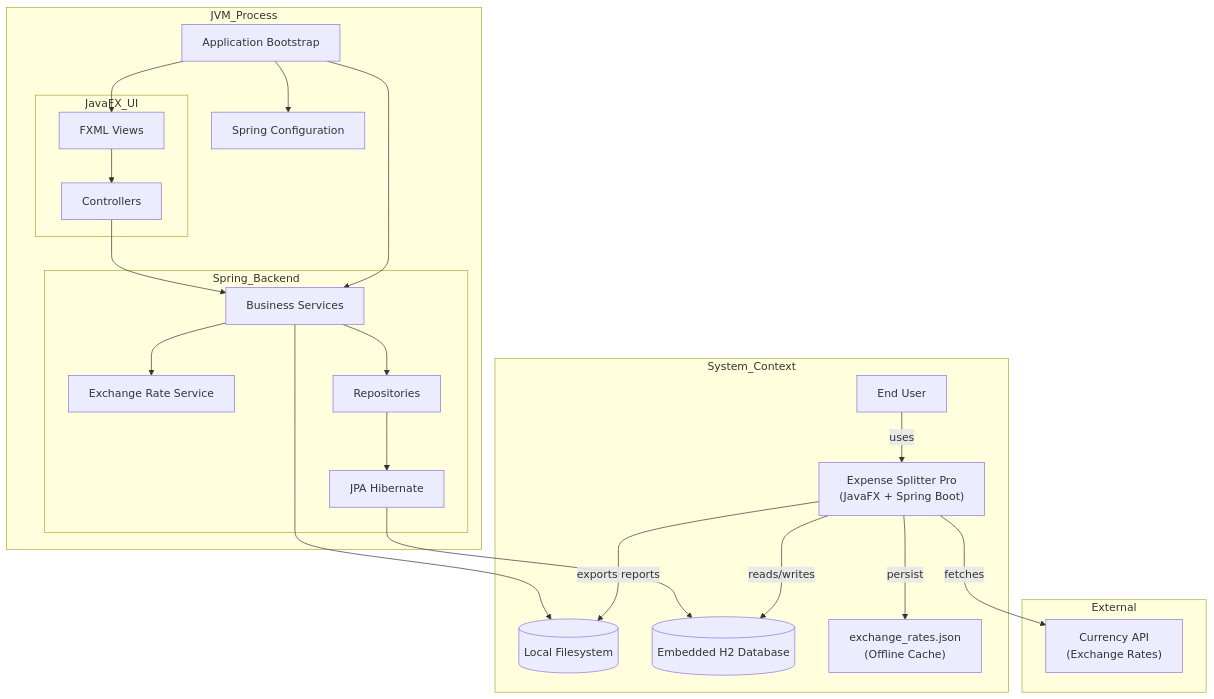
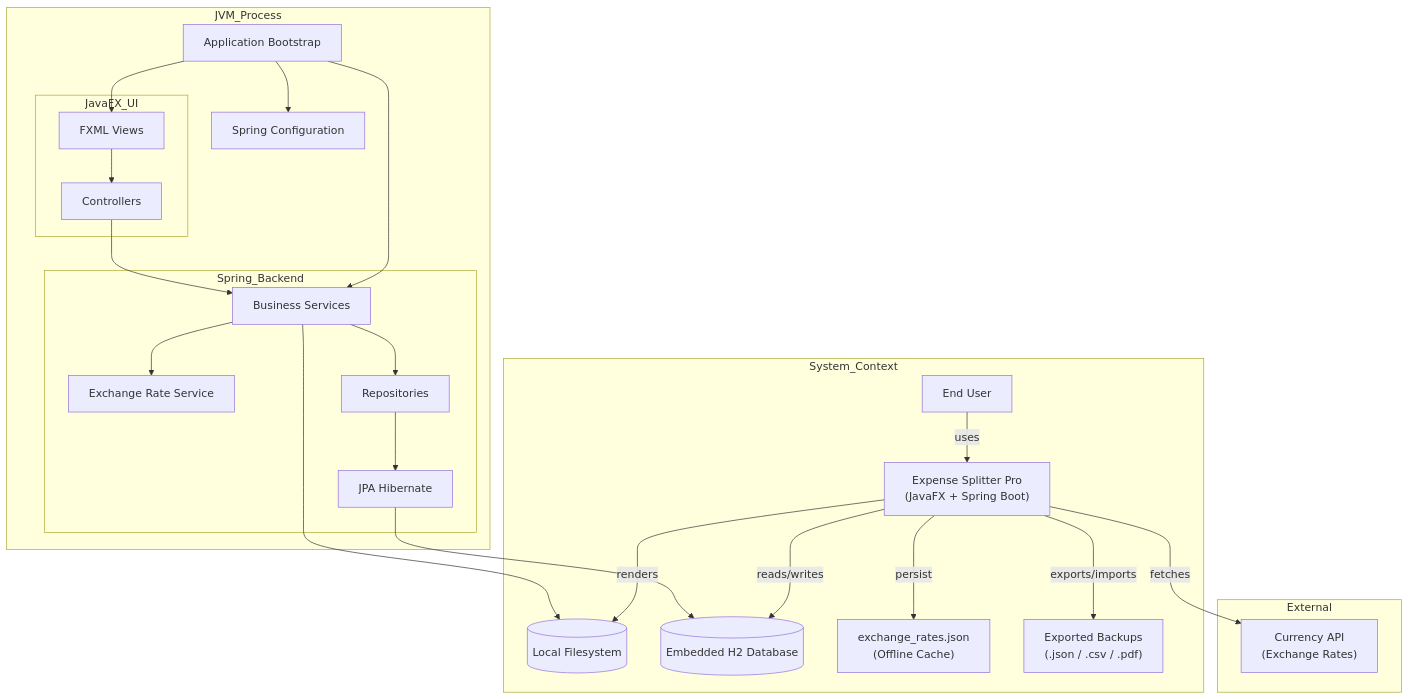
Before and after one commit to malcolm-cephas/Expense_Splitter: the first of 5 diagrams in README.md, drawn with Mermaid. The commit also changed other lines of this file and 18 other files, not shown here.

````diff
--- a/README.md
+++ b/README.md
@@ -134,50 +144,52 @@
 ```mermaid
 flowchart TD
 
 subgraph External
 API["Currency API\n(Exchange Rates)"]
 end
 
 subgraph System_Context
 U[End User]
 APP["Expense Splitter Pro\n(JavaFX + Spring Boot)"]
 FS[(Local Filesystem)]
 H2[(Embedded H2 Database)]
 CACHE["exchange_rates.json\n(Offline Cache)"]
+BKUP["Exported Backups\n(.json / .csv / .pdf)"]
 end
 
 U -->|uses| APP
 APP -->|fetches| API
 APP -->|reads/writes| H2
 APP -->|persist| CACHE
-APP -->|exports reports| FS
+APP -->|exports/imports| BKUP
+APP -->|renders| FS
 
 subgraph JVM_Process
 BOOT[Application Bootstrap]
 CFG[Spring Configuration]
 
 subgraph JavaFX_UI
 FXML[FXML Views]
 CTRLS[Controllers]
 end
 
 subgraph Spring_Backend
 SRV[Business Services]
 EXSRV[Exchange Rate Service]
 REPO[Repositories]
 JPA[JPA Hibernate]
 end
 end
 
 BOOT --> CFG
 BOOT --> FXML
 BOOT --> SRV
 
 FXML --> CTRLS
 CTRLS --> SRV
 SRV --> EXSRV
 SRV --> REPO
 REPO --> JPA
 JPA --> H2
 SRV --> FS
 ```
````
